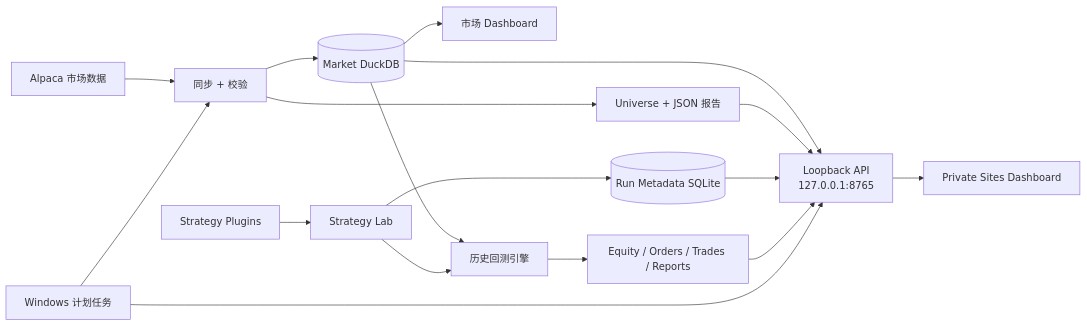
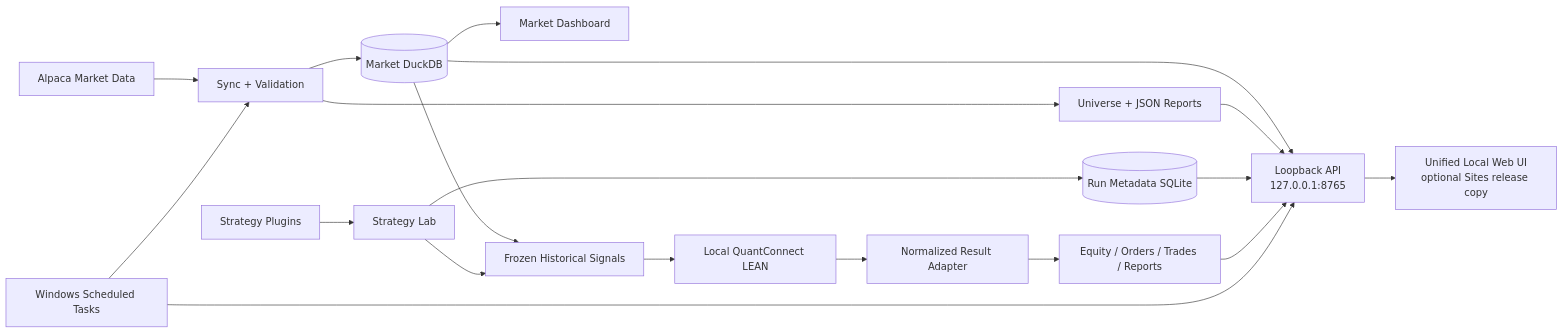
Before and after one commit to zhoushuming073-cell/stock-radar: the diagram in README.zh-CN.md, drawn with Mermaid. The commit also changed other lines of this file and 5 other files, not shown here.

````diff
--- a/README.zh-CN.md
+++ b/README.zh-CN.md
@@ -151,23 +168,25 @@
 ```mermaid
 flowchart LR
-    A[Alpaca 市场数据] --> B[同步 + 校验]
+    A[Alpaca Market Data] --> B[Sync + Validation]
     B --> C[(Market DuckDB)]
-    B --> D[Universe + JSON 报告]
+    B --> D[Universe + JSON Reports]
 
-    C --> E[市场 Dashboard]
-    C --> F[历史回测引擎]
+    C --> E[Market Dashboard]
+    C --> S[Frozen Historical Signals]
 
     G[Strategy Plugins] --> H[Strategy Lab]
-    H --> F
+    H --> S
+    S --> F[Local QuantConnect LEAN]
+    F --> N[Normalized Result Adapter]
     H --> I[(Run Metadata SQLite)]
-    F --> J[Equity / Orders / Trades / Reports]
+    N --> J[Equity / Orders / Trades / Reports]
 
     C --> K[Loopback API<br/>127.0.0.1:8765]
     D --> K
     I --> K
     J --> K
-    K --> L[Private Sites Dashboard]
+    K --> L[Unified Local Web UI<br/>optional Sites release copy]
 
-    M[Windows 计划任务] --> B
+    M[Windows Scheduled Tasks] --> B
     M --> K
 ```
````
